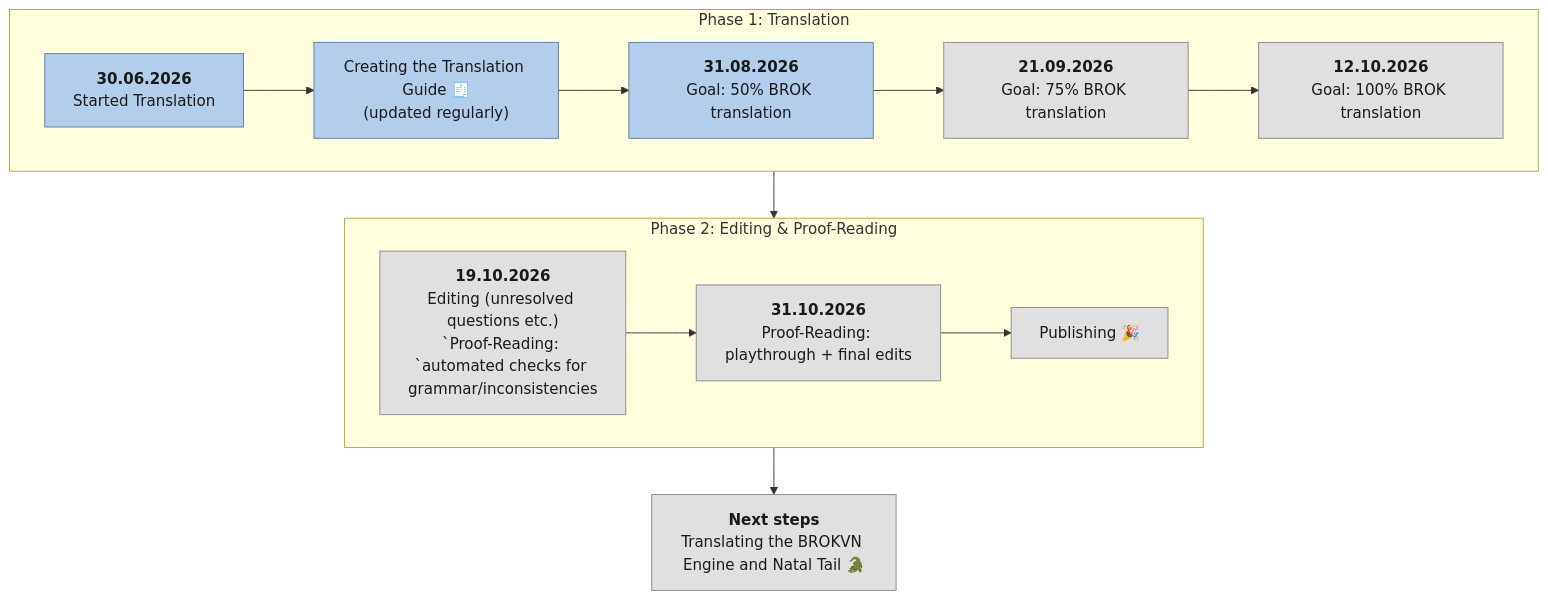
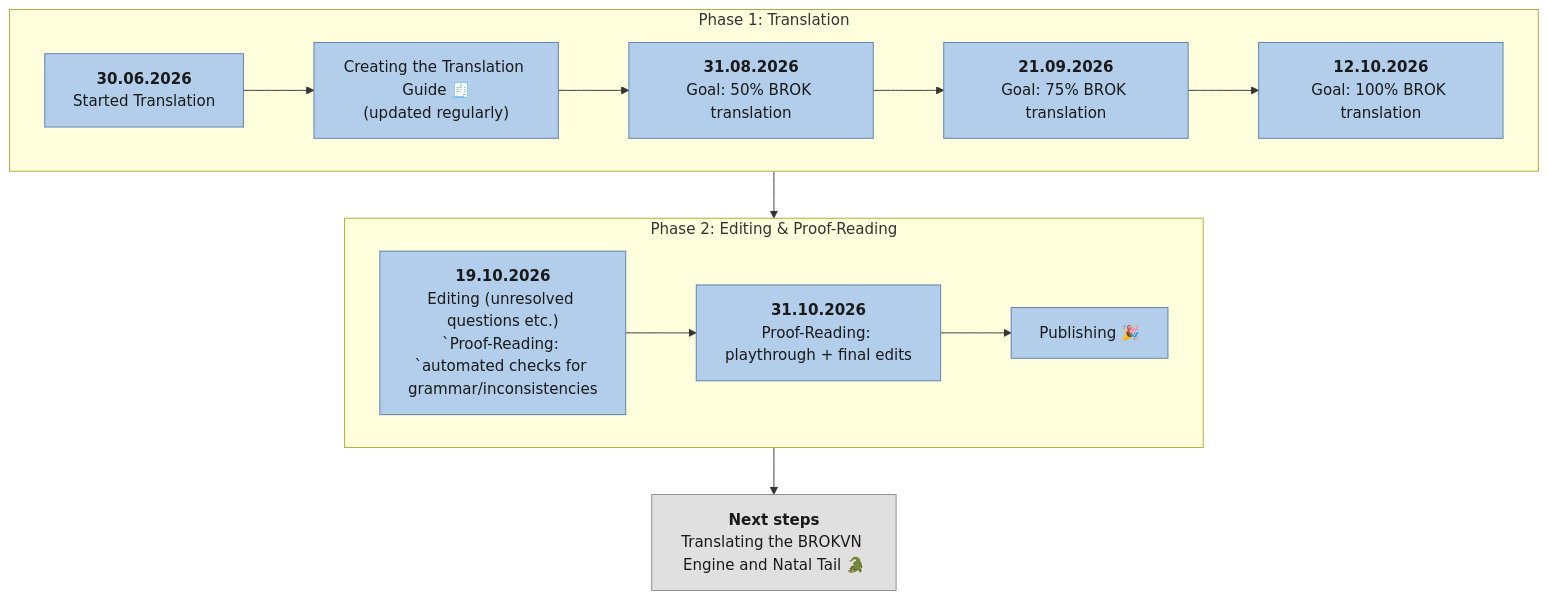
The diagram in roadmap.md (MaksymShcherbak/brok-ua), drawn with Mermaid before and after one commit. The commit also changed other lines of this file and 98 other files, not shown here.

Commit message:
Reorganization, roadmap updates and initial translation for BrokVN

````diff
--- a/roadmap.md
+++ b/roadmap.md
@@ -9,31 +17,31 @@
 ```mermaid
 flowchart TB
     subgraph Row1["Phase 1: Translation"]
         direction LR
         A["<b>30.06.2026</b><br>Started Translation<br>"]
         B["Creating the Translation Guide 🧾<br>(updated regularly)"]
         C["<b>31.08.2026</b><br>Goal: 50% BROK translation"]
         D["<b>21.09.2026</b><br>Goal: 75% BROK translation"]
         E["<b>12.10.2026</b><br>Goal: 100% BROK translation"]
         A --> B --> C --> D --> E
     end
 
     subgraph Row2["Phase 2: Editing & Proof-Reading"]
         direction LR
         F["<b>19.10.2026</b><br>Editing (unresolved questions etc.)<br>`Proof-Reading: `automated checks for grammar/inconsistencies"]
         G["<b>31.10.2026</b><br>Proof-Reading: playthrough + final edits"]
         H["Publishing 🎉"]
         F --> G --> H
     end
 
     I["<b>Next steps</b><br>Translating the BROKVN Engine and Natal Tail 🐊"]
 
     E --> F
     H --> I
 
     classDef done fill:#b2ceeb,stroke:#5b7fa6,stroke-width:1px,color:#1a1a1a
     classDef todo fill:#e0e0e0,stroke:#8a8a8a,stroke-width:1px,color:#1a1a1a
 
-    class A,B,C done
-    class D,E,F,G,H,I todo
+    class A,B,C,D,E,F,G,H done
+    class I todo
 ```
````
